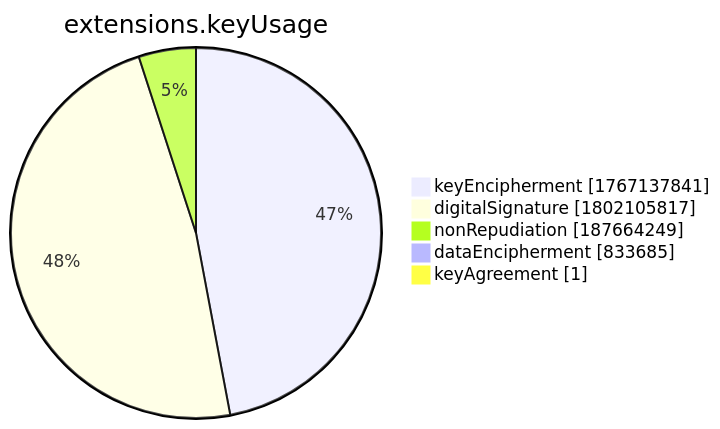
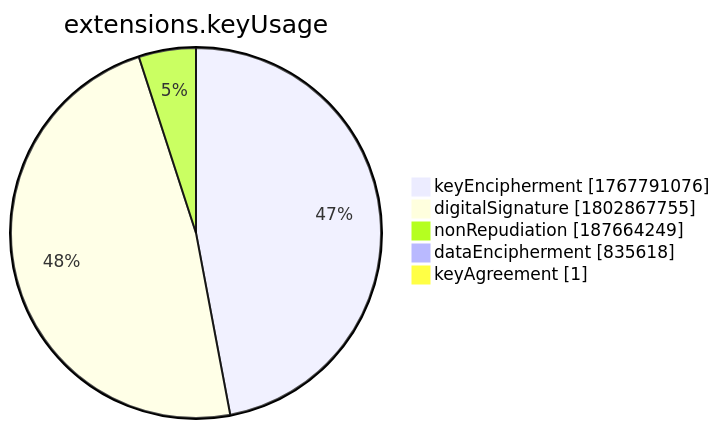
One commit to christiankrug/ctmonitor_visualization changed the seventh of 15 diagrams in xenon2022/README.md. Above: the diagram before and after it, drawn with Mermaid. The commit also changed other lines of this file, not shown here.

````diff
--- a/xenon2022/README.md
+++ b/xenon2022/README.md
@@ -2859,9 +2859,9 @@
 ```mermaid
 pie showData
 title extensions.keyUsage
-"keyEncipherment" :1767137841
-"digitalSignature" :1802105817
+"keyEncipherment" :1767791076
+"digitalSignature" :1802867755
 "nonRepudiation" :187664249
-"dataEncipherment" :833685
+"dataEncipherment" :835618
 "keyAgreement" :1
 ```
````
